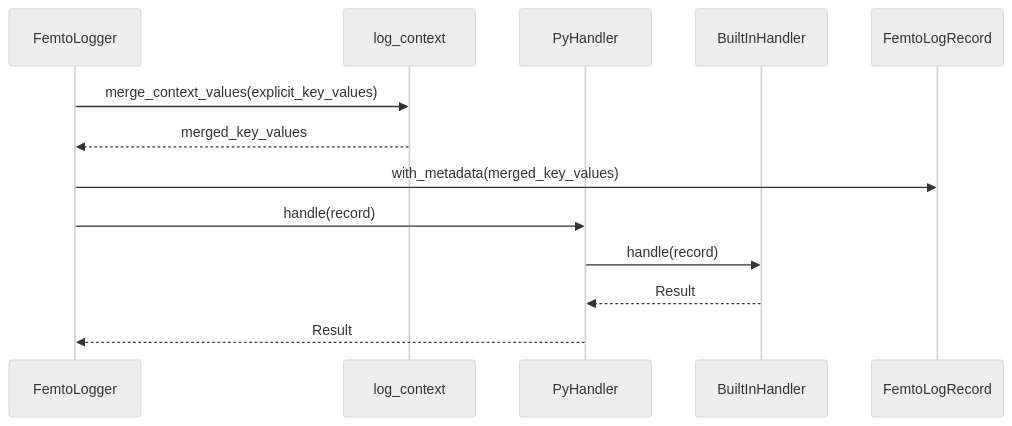
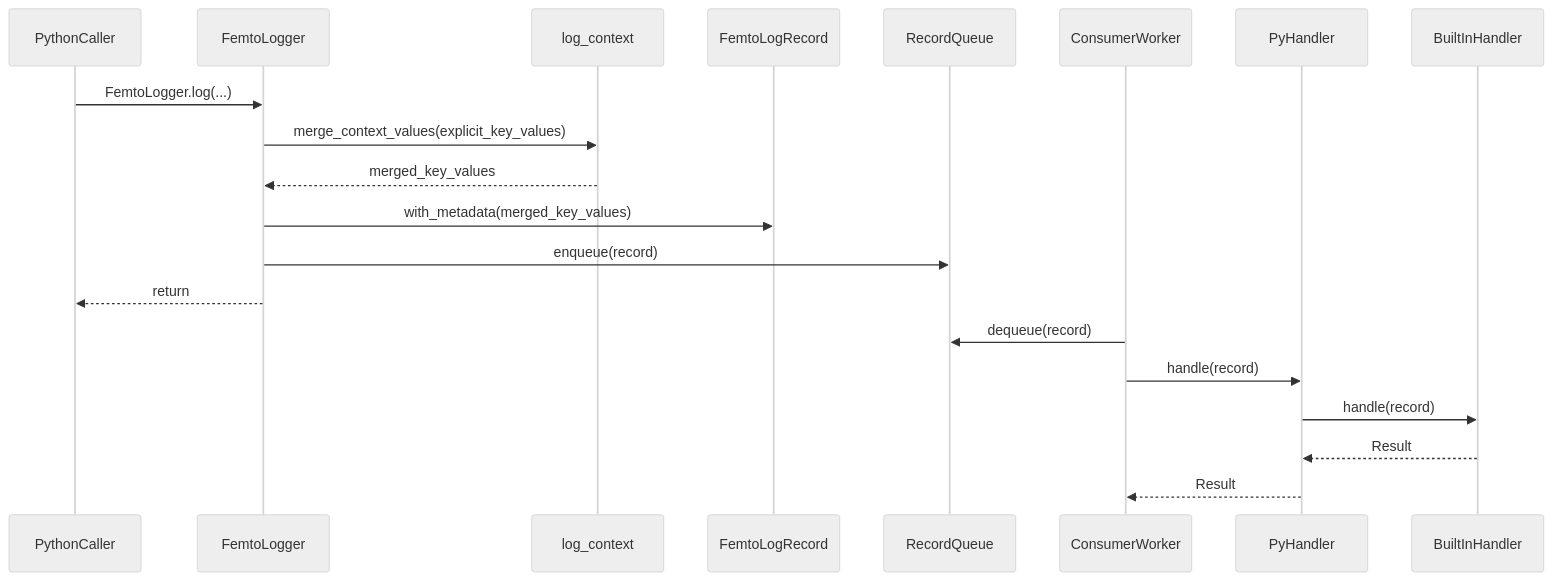
The fourth of 7 diagrams in docs/rust-multithreaded-logging-framework-for-python-design.md (leynos/femtologging), drawn with Mermaid (neutral theme) before and after one commit. The commit also changed other lines of this file and 5 other files, not shown here.

````diff
--- a/docs/rust-multithreaded-logging-framework-for-python-design.md
+++ b/docs/rust-multithreaded-logging-framework-for-python-design.md
@@ -965,16 +969,23 @@
 ```mermaid
 sequenceDiagram
+    participant Caller as PythonCaller
     participant Logger as FemtoLogger
     participant Context as log_context
+    participant Record as FemtoLogRecord
+    participant Queue as RecordQueue
+    participant Worker as ConsumerWorker
     participant Bridge as PyHandler
     participant Native as BuiltInHandler
-    participant Record as FemtoLogRecord
 
+    Caller->>Logger: FemtoLogger.log(...)
     Logger->>Context: merge_context_values(explicit_key_values)
     Context-->>Logger: merged_key_values
     Logger->>Record: with_metadata(merged_key_values)
-    Logger->>Bridge: handle(record)
+    Logger->>Queue: enqueue(record)
+    Logger-->>Caller: return
+    Worker->>Queue: dequeue(record)
+    Worker->>Bridge: handle(record)
     Bridge->>Native: handle(record)
     Native-->>Bridge: Result
-    Bridge-->>Logger: Result
+    Bridge-->>Worker: Result
 ```
````
